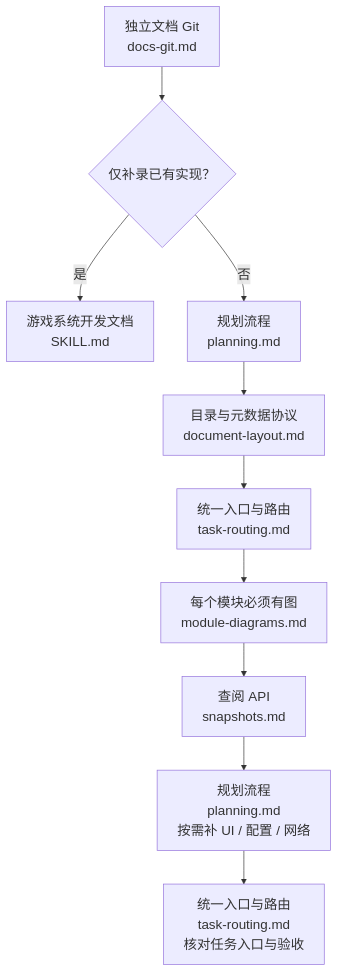
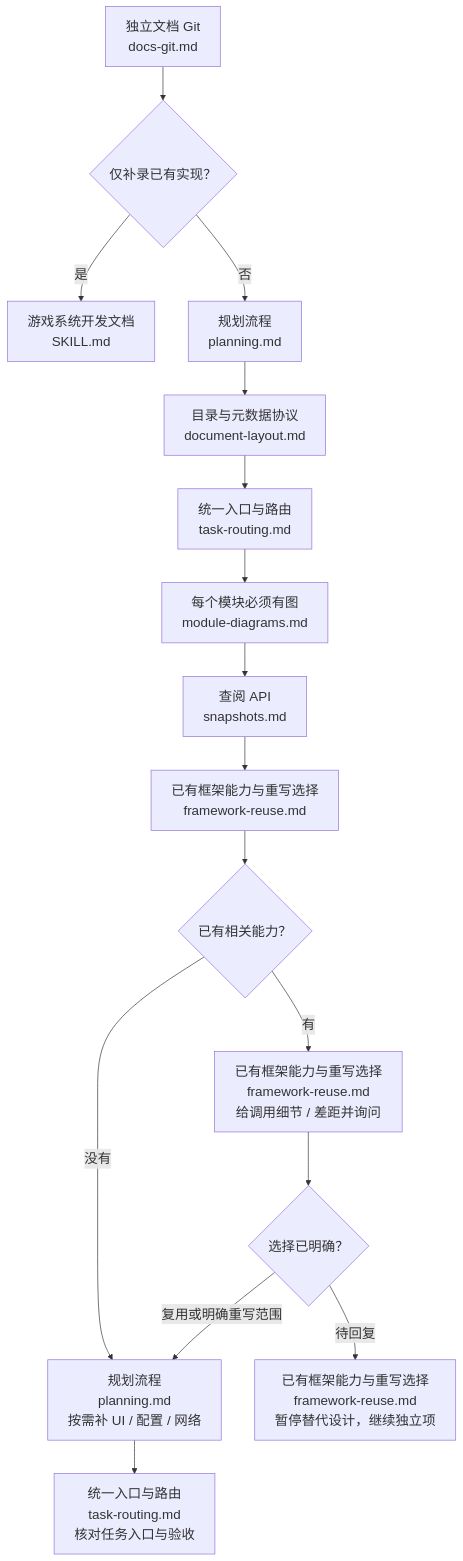
Before and after one commit to 229196637/game-development-skills: the first of 3 diagrams in game-system-development-planning/SKILL.md, drawn with Mermaid. The commit also changed other lines of this file and 10 other files, not shown here.

Commit message:
Add global log reading skill and explicit framework reuse decision

````diff
--- a/game-system-development-planning/SKILL.md
+++ b/game-system-development-planning/SKILL.md
@@ -14,22 +14,32 @@
 ```mermaid
 %%{init: {"themeVariables": {"fontSize": "20px"}, "flowchart": {"wrappingWidth": 360}}}%%
 flowchart TD
   Git["独立文档 Git<br/>docs-git.md"] --> Scope{"仅补录已有实现？"}
   Scope -->|是| Docs["游戏系统开发文档<br/>SKILL.md"]
   Scope -->|否| Plan["规划流程<br/>planning.md"]
   Plan --> Layout["目录与元数据协议<br/>document-layout.md"]
   Layout --> Task["统一入口与路由<br/>task-routing.md"]
   Task --> Graph["每个模块必须有图<br/>module-diagrams.md"]
   Graph --> Api["查阅 API<br/>snapshots.md"]
-  Api --> Extensions["规划流程<br/>planning.md<br/>按需补 UI / 配置 / 网络"]
+  Api --> Framework["已有框架能力与重写选择<br/>framework-reuse.md"]
+  Framework --> Existing{"已有相关能力？"}
+  Existing -->|没有| Extensions
+  Existing -->|有| Details["已有框架能力与重写选择<br/>framework-reuse.md<br/>给调用细节 / 差距并询问"]
+  Details --> Chosen{"选择已明确？"}
+  Chosen -->|待回复| Pending["已有框架能力与重写选择<br/>framework-reuse.md<br/>暂停替代设计，继续独立项"]
+  Chosen -->|复用或明确重写范围| Extensions
+  Extensions["规划流程<br/>planning.md<br/>按需补 UI / 配置 / 网络"]
   Extensions --> Ready["统一入口与路由<br/>task-routing.md<br/>核对任务入口与验收"]
   click Git "references/contracts/docs-git.md"
   click Docs "../game-system-development-documentation/SKILL.md"
   click Plan "references/workflows/planning.md"
   click Layout "references/contracts/document-layout.md"
   click Task "references/workflows/task-routing.md"
   click Graph "references/workflows/module-diagrams.md"
   click Api "../game-system-development-documentation/references/api/snapshots.md"
+  click Framework "references/workflows/framework-reuse.md"
+  click Details "references/workflows/framework-reuse.md"
+  click Pending "references/workflows/framework-reuse.md"
   click Extensions "references/workflows/planning.md"
   click Ready "references/workflows/task-routing.md"
 ```
````
